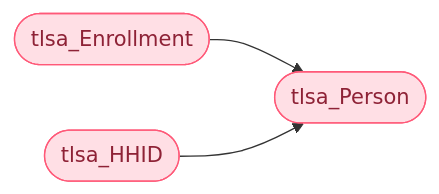
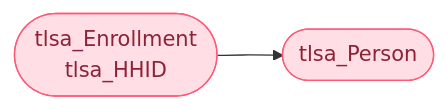
Diagram 14 of 15 in docs/05 - LSAPerson.md (MollyMcEvilley/Matilda), drawn with Mermaid before and after one commit. The commit also changed other lines of this file and 4 other files, not shown here.

Commit message:
formatting and diagrams

````diff
--- a/docs/05 - LSAPerson.md
+++ b/docs/05 - LSAPerson.md
@@ -1217,19 +1312,15 @@
-```mermaid
-flowchart LR
+``` mermaid
+flowchart LR 
+    T1([tlsa_Enrollment
+	tlsa_HHID]) -->
+	T2([tlsa_Person])
 
-	t1([tlsa_Enrollment])
-	t2([tlsa_HHID])
-	t3([tlsa_Person])
 
-	t1:::Temp
-	t2:::Temp
-	t3:::Temp
-	
-	t1 & t2 --> t3
+    T1:::Temp
+    T2:::Temp
 
-	classDef Temp stroke:#FF5978, fill:#FFDFE5, color:#8E2236
+    classDef Temp stroke:#FF5978, fill:#FFDFE5, color:#8E2236
 	classDef LSA stroke:#FBB35A, fill:#FFEFDB, color:#8F632D 
 	classDef HMIS stroke:#374D7C, fill:#E2EBFF, color:#374D7C
-    classDef Man stroke:#999999, fill:#EEEEEE, color:#000000
-	
+	classDef Box stroke:#999, fill:none, color:#FFFFFF 
 ```
````
